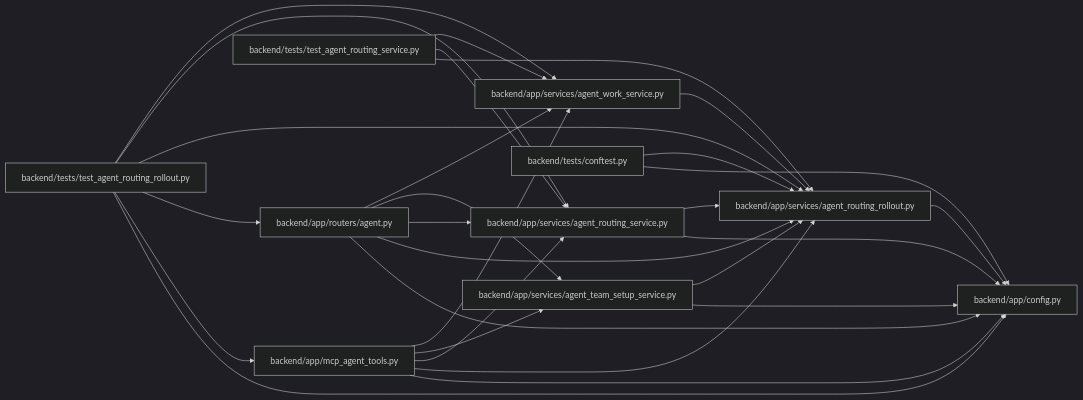
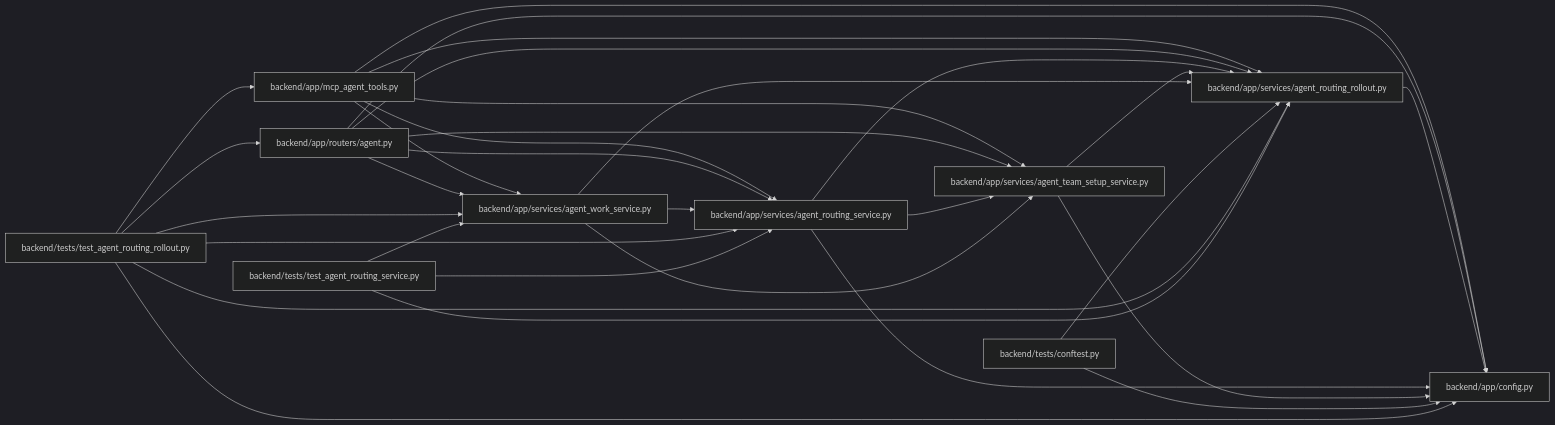
The diagram in docs/llm_wiki/modules/agent_routing_rollout.md (Denissvgn/WorkChord), drawn with Mermaid (dark theme) before and after one commit. The commit also changed 25171 other files, not shown here.

````diff
--- a/docs/llm_wiki/modules/agent_routing_rollout.md
+++ b/docs/llm_wiki/modules/agent_routing_rollout.md
@@ -24,50 +24,53 @@
 ```mermaid
 flowchart LR
     n0["backend/app/config.py"]
     n1["backend/app/mcp_agent_tools.py"]
     n2["backend/app/routers/agent.py"]
     n3["backend/app/services/agent_routing_rollout.py"]
     n4["backend/app/services/agent_routing_service.py"]
     n5["backend/app/services/agent_team_setup_service.py"]
     n6["backend/app/services/agent_work_service.py"]
     n7["backend/tests/conftest.py"]
     n8["backend/tests/test_agent_routing_rollout.py"]
     n9["backend/tests/test_agent_routing_service.py"]
     n1 --> n0
     n1 --> n3
     n1 --> n4
     n1 --> n5
     n1 --> n6
     n2 --> n0
     n2 --> n3
     n2 --> n4
     n2 --> n5
     n2 --> n6
     n3 --> n0
     n4 --> n0
     n4 --> n3
+    n4 --> n5
     n5 --> n0
     n5 --> n3
     n6 --> n3
+    n6 --> n4
+    n6 --> n5
     n7 --> n0
     n7 --> n3
     n8 --> n0
     n8 --> n1
     n8 --> n2
     n8 --> n3
     n8 --> n4
     n8 --> n6
     n9 --> n3
     n9 --> n4
     n9 --> n6
     click n0 "../modules/config.md"
     click n1 "../modules/mcp_agent_tools.md"
     click n2 "../modules/routers_agent.md"
     click n3 "../modules/agent_routing_rollout.md"
     click n4 "../modules/agent_routing_service.md"
     click n5 "../modules/agent_team_setup_service.md"
     click n6 "../modules/agent_work_service.md"
     click n7 "../modules/conftest.md"
     click n8 "../modules/test_agent_routing_rollout.md"
     click n9 "../modules/test_agent_routing_service.md"
 ```
````
